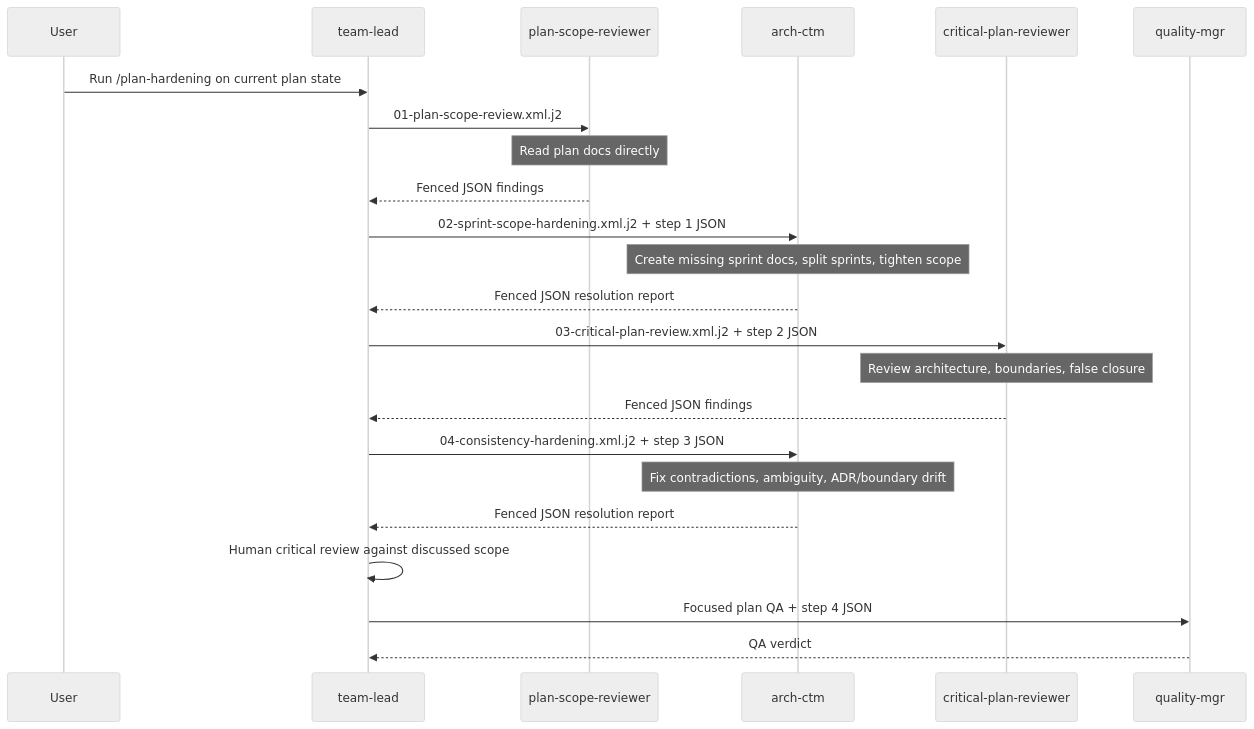
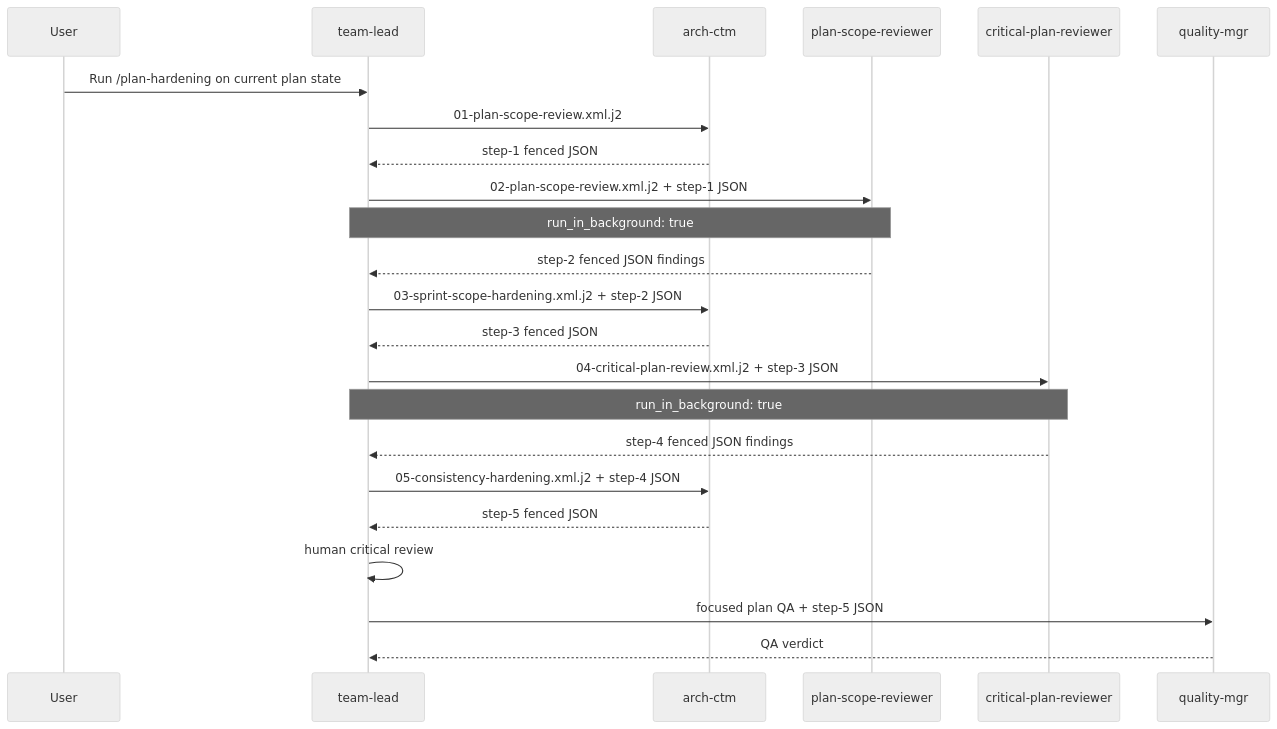
One commit to randlee/atm-core changed the first of 2 diagrams in .claude/skills/plan-hardening/plan-hardening-state-machine.md. Above: the diagram before and after it, drawn with Mermaid (neutral theme). The commit also changed other lines of this file and 7 other files, not shown here.

Commit message:
prompts: align plan-hardening handoff sequence

````diff
--- a/.claude/skills/plan-hardening/plan-hardening-state-machine.md
+++ b/.claude/skills/plan-hardening/plan-hardening-state-machine.md
@@ -37,30 +10,32 @@
 ```mermaid
 sequenceDiagram
     participant U as User
     participant TL as team-lead
+    participant A as arch-ctm
     participant PSR as plan-scope-reviewer
-    participant A as arch-ctm
     participant CPR as critical-plan-reviewer
     participant QM as quality-mgr
 
     U->>TL: Run /plan-hardening on current plan state
-    TL->>PSR: 01-plan-scope-review.xml.j2
-    Note over PSR: Read plan docs directly
-    PSR-->>TL: Fenced JSON findings
 
-    TL->>A: 02-sprint-scope-hardening.xml.j2 + step 1 JSON
-    Note over A: Create missing sprint docs, split sprints, tighten scope
-    A-->>TL: Fenced JSON resolution report
+    TL->>A: 01-plan-scope-review.xml.j2
+    A-->>TL: step-1 fenced JSON
 
-    TL->>CPR: 03-critical-plan-review.xml.j2 + step 2 JSON
-    Note over CPR: Review architecture, boundaries, false closure
-    CPR-->>TL: Fenced JSON findings
+    TL->>PSR: 02-plan-scope-review.xml.j2 + step-1 JSON
+    Note over TL,PSR: run_in_background: true
+    PSR-->>TL: step-2 fenced JSON findings
 
-    TL->>A: 04-consistency-hardening.xml.j2 + step 3 JSON
-    Note over A: Fix contradictions, ambiguity, ADR/boundary drift
-    A-->>TL: Fenced JSON resolution report
+    TL->>A: 03-sprint-scope-hardening.xml.j2 + step-2 JSON
+    A-->>TL: step-3 fenced JSON
 
-    TL->>TL: Human critical review against discussed scope
-    TL->>QM: Focused plan QA + step 4 JSON
+    TL->>CPR: 04-critical-plan-review.xml.j2 + step-3 JSON
+    Note over TL,CPR: run_in_background: true
+    CPR-->>TL: step-4 fenced JSON findings
+
+    TL->>A: 05-consistency-hardening.xml.j2 + step-4 JSON
+    A-->>TL: step-5 fenced JSON
+
+    TL->>TL: human critical review
+    TL->>QM: focused plan QA + step-5 JSON
     QM-->>TL: QA verdict
 ```
````
